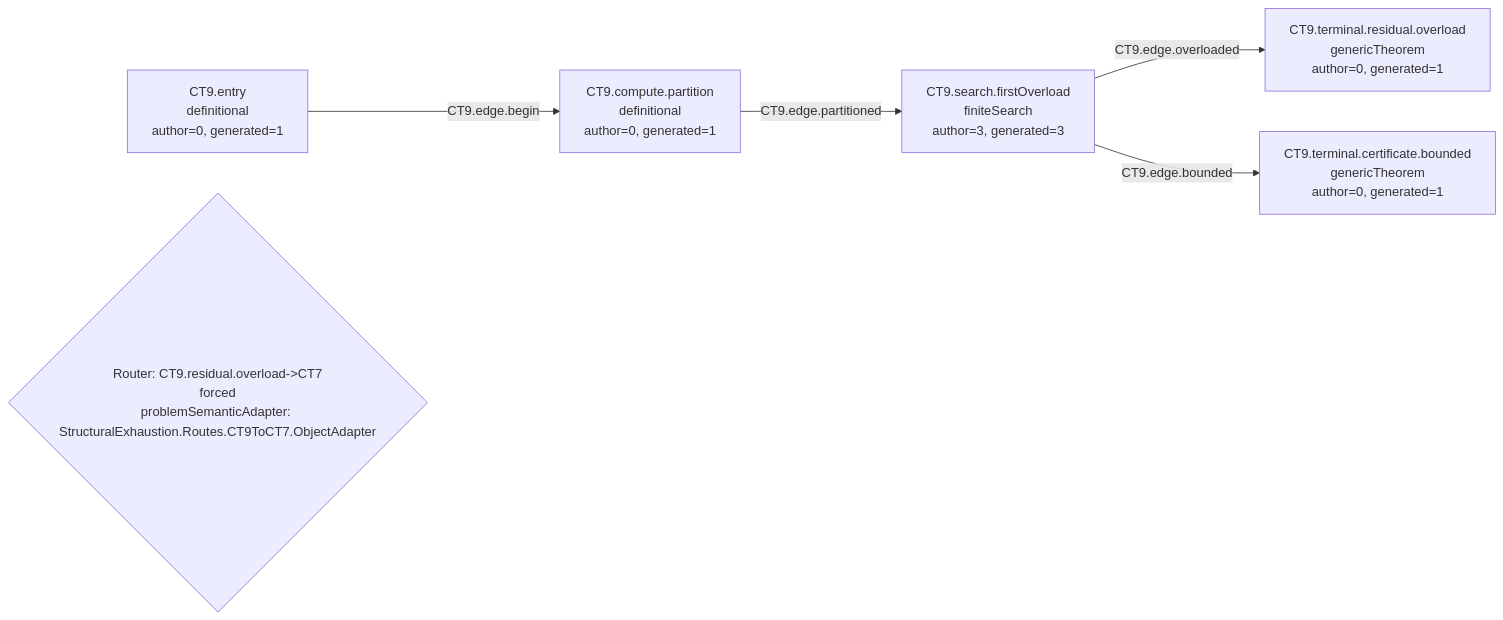
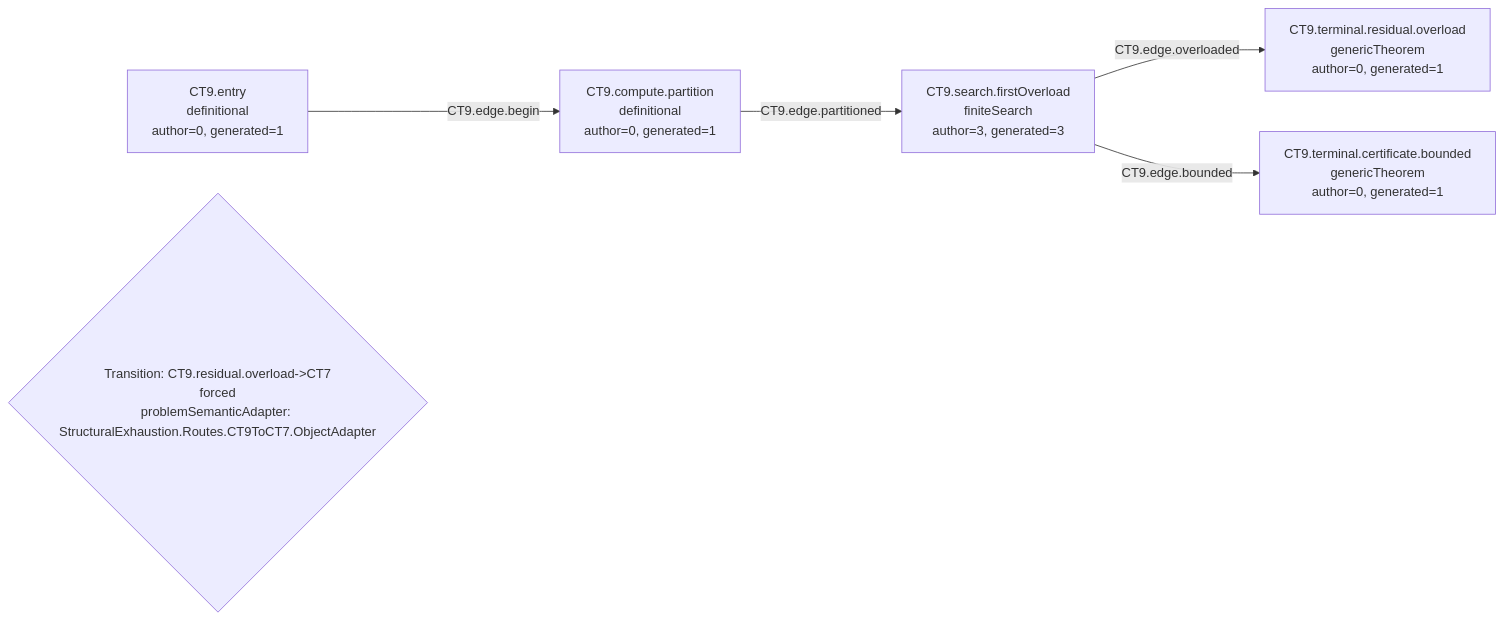
Before and after one commit to Guillemdb/structural_exhaustion: the diagram in generated/mermaid/CT9.mmd, drawn with Mermaid. The commit also changed 601 other files, not shown here.

```diff
--- a/generated/mermaid/CT9.mmd
+++ b/generated/mermaid/CT9.mmd
@@ -1,11 +1,11 @@
 flowchart LR
   N1["CT9.entry<br/>definitional<br/>author=0, generated=1"]
   N2["CT9.compute.partition<br/>definitional<br/>author=0, generated=1"]
   N3["CT9.search.firstOverload<br/>finiteSearch<br/>author=3, generated=3"]
   N4["CT9.terminal.residual.overload<br/>genericTheorem<br/>author=0, generated=1"]
   N5["CT9.terminal.certificate.bounded<br/>genericTheorem<br/>author=0, generated=1"]
   N1 -->|CT9.edge.begin| N2
   N2 -->|CT9.edge.partitioned| N3
   N3 -->|CT9.edge.overloaded| N4
   N3 -->|CT9.edge.bounded| N5
-  R1{"Router: CT9.residual.overload->CT7<br/>forced<br/>problemSemanticAdapter: StructuralExhaustion.Routes.CT9ToCT7.ObjectAdapter"}
+  P1{"Transition: CT9.residual.overload->CT7<br/>forced<br/>problemSemanticAdapter: StructuralExhaustion.Routes.CT9ToCT7.ObjectAdapter"}
```
